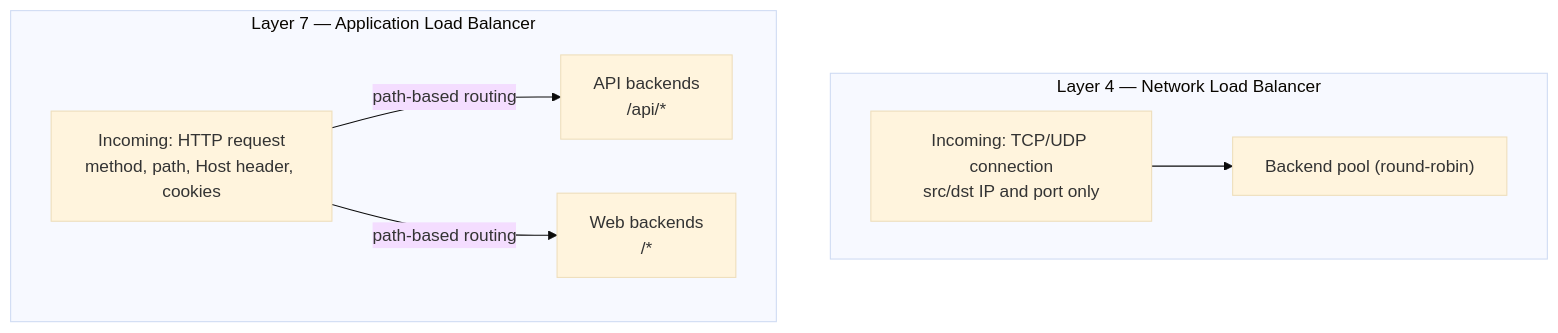
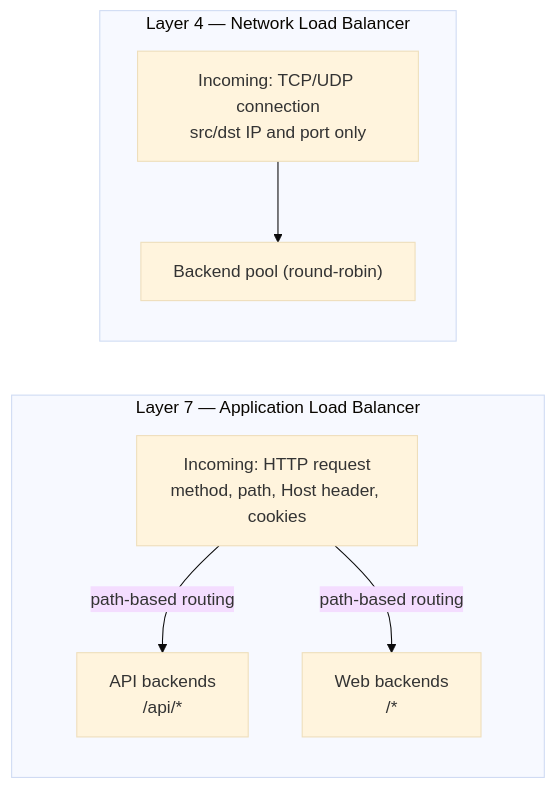
One commit to adulbrich/cs312 changed the sixth of 8 diagrams in src/content/docs/lectures/network-services-and-application-delivery.mdx. Above: the diagram before and after it, drawn with Mermaid (base theme). The commit also changed other lines of this file and 2 other files, not shown here.

````diff
--- a/src/content/docs/lectures/network-services-and-application-delivery.mdx
+++ b/src/content/docs/lectures/network-services-and-application-delivery.mdx
@@ -350,16 +359,15 @@
 ```mermaid
-flowchart TB
-  subgraph L4 ["Layer 4 — Network Load Balancer"]
-    l4in["Incoming: TCP/UDP connection\nsrc/dst IP and port only"]
-    l4out["Backend pool (round-robin)"]
-    l4in --> l4out
-  end
-
+flowchart LR
   subgraph L7 ["Layer 7 — Application Load Balancer"]
     l7in["Incoming: HTTP request\nmethod, path, Host header, cookies"]
     l7api["API backends\n/api/*"]
     l7web["Web backends\n/*"]
     l7in -->|"path-based routing"| l7api
     l7in -->|"path-based routing"| l7web
   end
+  subgraph L4 ["Layer 4 — Network Load Balancer"]
+    l4in["Incoming: TCP/UDP connection\nsrc/dst IP and port only"]
+    l4out["Backend pool (round-robin)"]
+    l4in --> l4out
+  end
 ```
````
